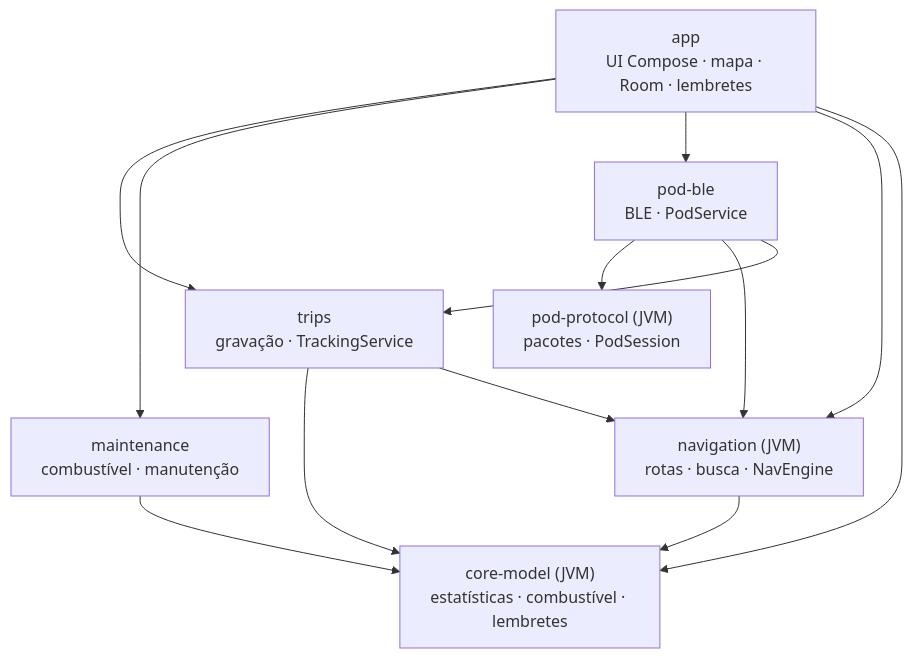
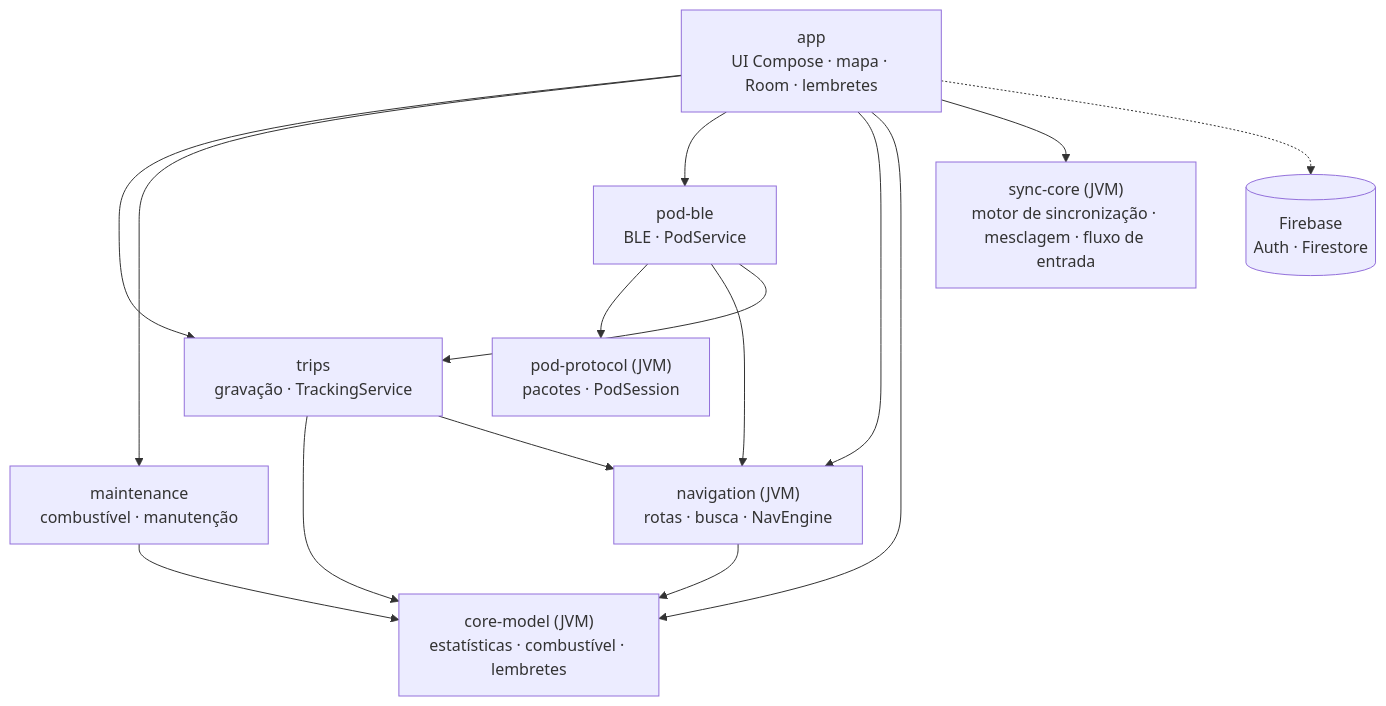
One commit to arthurbritol/rumo changed the diagram in docs/ARQUITETURA.md. Above: the diagram before and after it, drawn with Mermaid. The commit also changed other lines of this file and 5 other files, not shown here.

````diff
--- a/docs/ARQUITETURA.md
+++ b/docs/ARQUITETURA.md
@@ -6,16 +6,19 @@
 ```mermaid
 flowchart TD
     app["app<br/>UI Compose · mapa · Room · lembretes"]
     trips["trips<br/>gravação · TrackingService"]
     maint["maintenance<br/>combustível · manutenção"]
     ble["pod-ble<br/>BLE · PodService"]
     nav["navigation (JVM)<br/>rotas · busca · NavEngine"]
     proto["pod-protocol (JVM)<br/>pacotes · PodSession"]
     core["core-model (JVM)<br/>estatísticas · combustível · lembretes"]
+    sync["sync-core (JVM)<br/>motor de sincronização · mesclagem · fluxo de entrada"]
+    fb[("Firebase<br/>Auth · Firestore")]
 
-    app --> trips & maint & ble & nav & core
+    app --> trips & maint & ble & nav & core & sync
+    app -.-> fb
     trips --> core & nav
     maint --> core
     ble --> proto & nav & trips
     nav --> core
 ```
````
